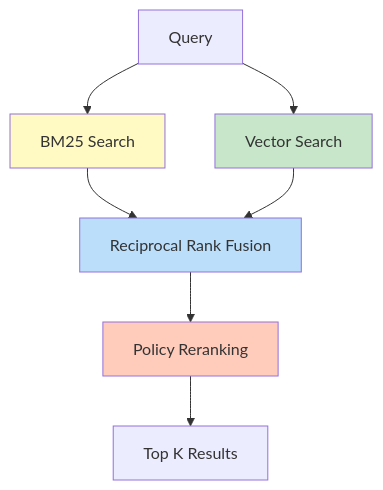
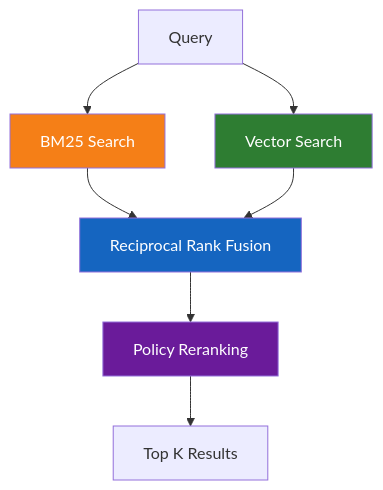
The third of 3 diagrams in README.md (theprodsde/agent-memory), drawn with Mermaid before and after one commit. The commit also changed other lines of this file and 1 other file, not shown here.

````diff
--- a/README.md
+++ b/README.md
@@ -125,14 +125,14 @@
 ```mermaid
 flowchart TD
     A[Query] --> B[BM25 Search]
     A --> C[Vector Search]
     B --> D[Reciprocal Rank Fusion]
     C --> D
     D --> E[Policy Reranking]
     E --> F[Top K Results]
     
-    style B fill:#fff9c4
-    style C fill:#c8e6c9
-    style D fill:#bbdefb
-    style E fill:#ffccbc
+    style B fill:#f57f17,color:#ffffff
+    style C fill:#2e7d32,color:#ffffff
+    style D fill:#1565c0,color:#ffffff
+    style E fill:#6a1b9a,color:#ffffff
 ```
````
